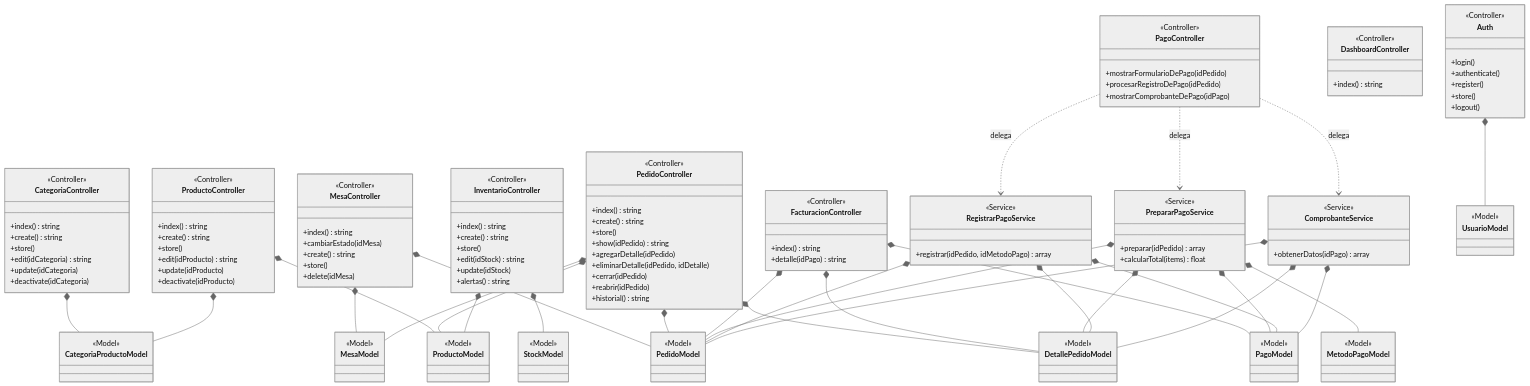
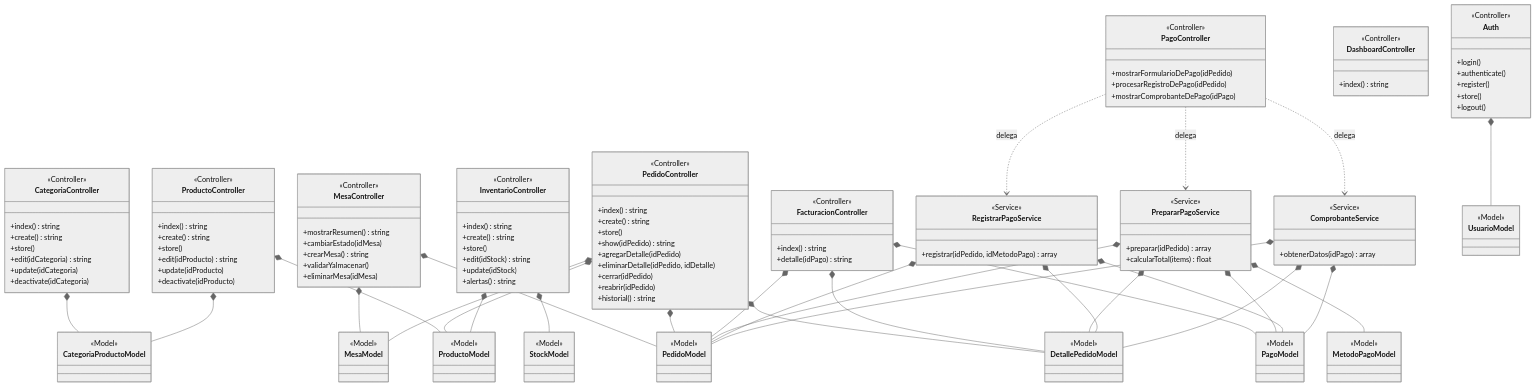
Before and after one commit to Leo-alegre9/gestion_pos: the second of 5 diagrams in diagrama_clases.md, drawn with Mermaid (neutral theme). The commit also changed other lines of this file and 5 other files, not shown here.

Commit message:
Actualizacion de métodos segun diagrama de clases y mejoras de la implementación

```diff
--- a/diagrama_clases.md
+++ b/diagrama_clases.md
@@ -92,11 +92,11 @@
     }
     class MesaController {
         <<Controller>>
-        +index() string
+        +mostrarResumen() string
         +cambiarEstado(idMesa)
-        +create() string
-        +store()
-        +delete(idMesa)
+        +crearMesa() string
+        +validarYalmacenar()
+        +eliminarMesa(idMesa)
     }
     class CategoriaController {
         <<Controller>>
```
